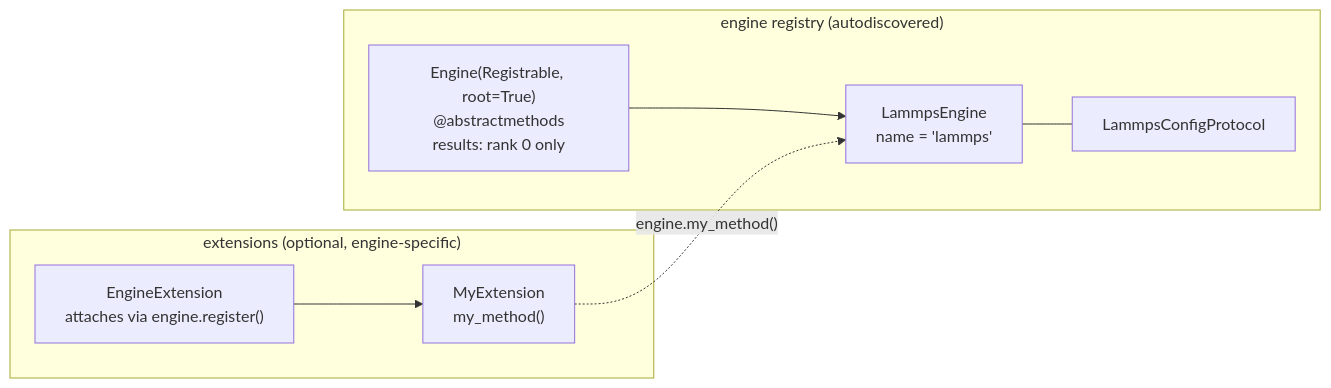
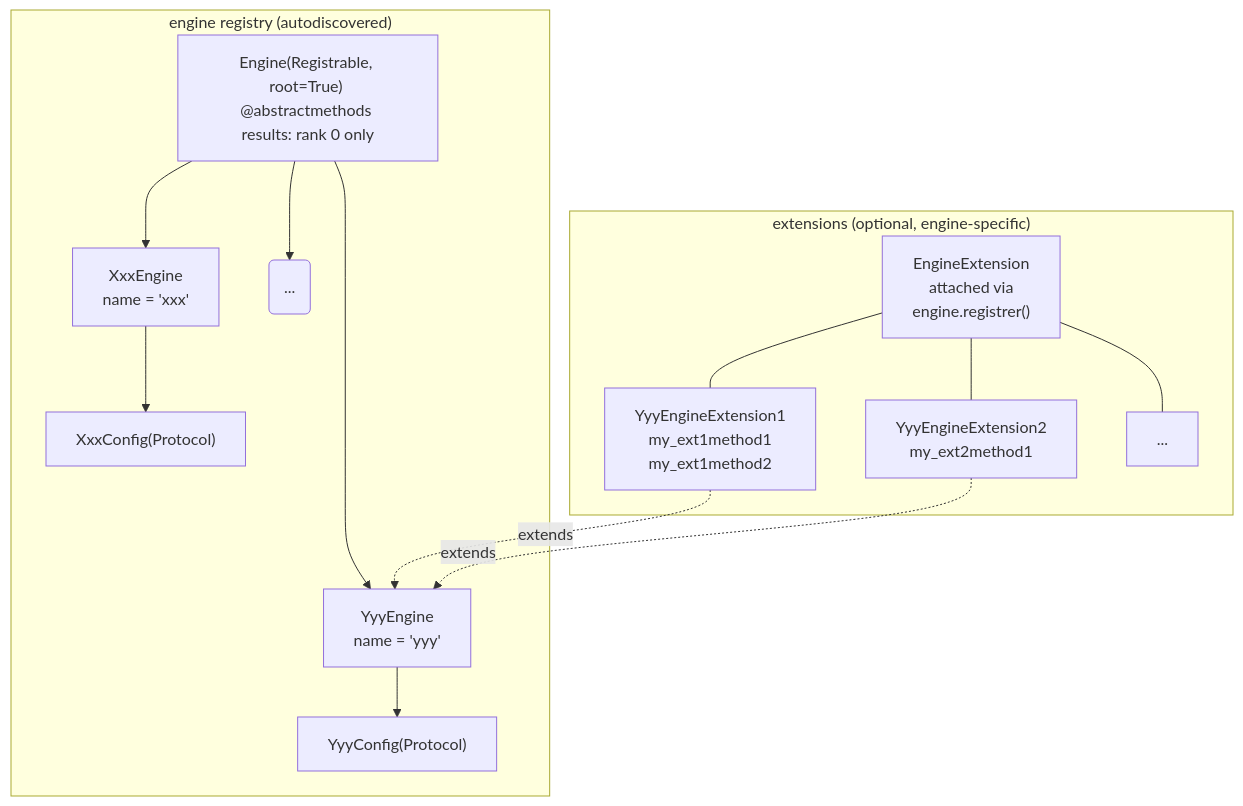
Before and after one commit to Kerrator/pyKMC: the diagram in docs/dev_engine.md, drawn with Mermaid. The commit also changed other lines of this file, not shown here.

````diff
--- a/docs/dev_engine.md
+++ b/docs/dev_engine.md
@@ -9,15 +9,32 @@
-```mermaid
-graph LR
-    subgraph engine_registry["engine registry (autodiscovered)"]
-        B["Engine(Registrable, root=True)\n@abstractmethods\nresults: rank 0 only"]
-        B --> C["LammpsEngine\nname = 'lammps'"]
-        C --- D["LammpsConfigProtocol"]
-    end
-
-    subgraph extensions["extensions (optional, engine-specific)"]
-        E["EngineExtension\nattaches via engine.register()"]
-        E --> F["MyExtension\nmy_method()"]
-    end
-
-    F -.->|"engine.my_method()"| C
+```mermaid 
+graph TB;
+subgraph engine_registry["engine registry (autodiscovered)"]
+B["Engine(Registrable, root=True) 
+@abstractmethods 
+results: rank 0 only"]
+B --> C["XxxEngine 
+name = 'xxx'"];
+B --> D(" ... ");
+B --> E["YyyEngine 
+name = 'yyy'"];
+C --> F["XxxConfig(Protocol)"]
+E --> G["YyyConfig(Protocol)"]
+end
+subgraph extensions["extensions (optional, engine-specific)"]
+H["EngineExtension 
+attached via 
+engine.registrer()"]
+I["YyyEngineExtension1 
+my_ext1method1 
+my_ext1method2"]
+J["YyyEngineExtension2 
+my_ext2method1"]
+K["..."]
+H --- I
+H --- J
+H --- K
+end
+engine_registry ~~~ extensions
+I -.->|extends| E
+J -.->|extends| E
 ```
````
